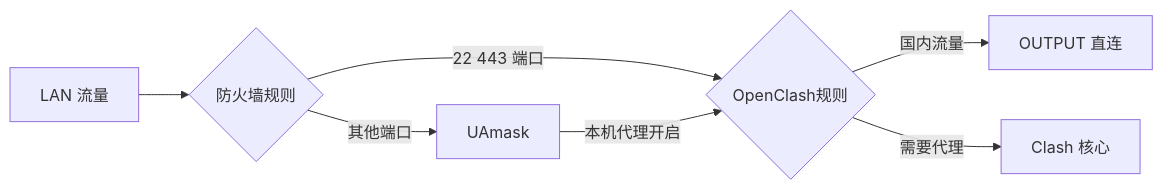
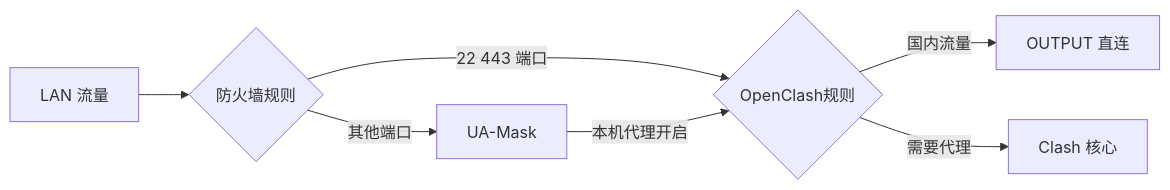
The second of 3 diagrams in README.md (Zesuy/UA-Mask), drawn with Mermaid before and after one commit. The commit also changed other lines of this file and 1 other file, not shown here.

````diff
--- a/README.md
+++ b/README.md
@@ -61,11 +56,11 @@
 ```mermaid
 graph LR
     A[LAN 流量] --> B{防火墙规则}
     B -->|22 443 端口| C{OpenClash规则}
-    B -->|其他端口| D[UAmask]
+    B -->|其他端口| D[UA-Mask]
     
     C -->|国内流量| E[OUTPUT 直连]
     C -->|需要代理| F[Clash 核心]
     
     D --"本机代理开启"--> C{OpenClash规则}
 ```
````
